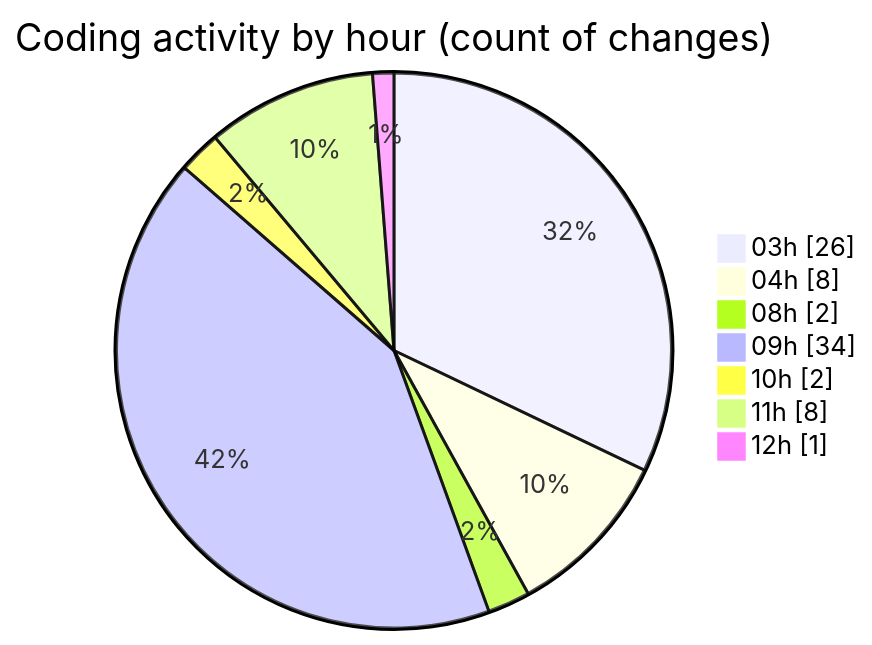
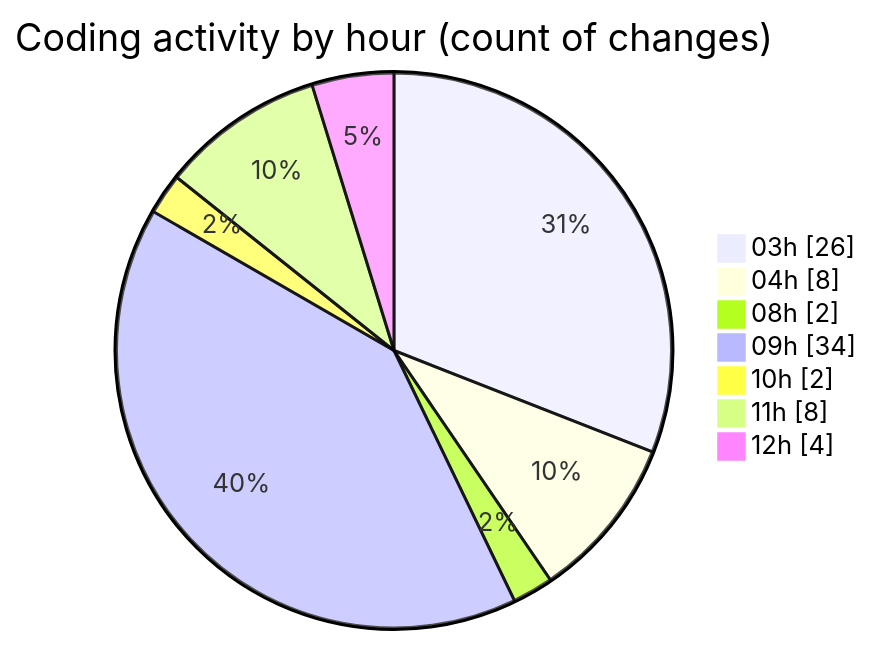
The second of 2 diagrams in 2025-06-20/modeljsondesigner/README.md (JenPaints/code-tracking), drawn with Mermaid before and after one commit. The commit also changed other lines of this file and 1 other file, not shown here.

````diff
--- a/2025-06-20/modeljsondesigner/README.md
+++ b/2025-06-20/modeljsondesigner/README.md
@@ -50,11 +51,11 @@
 ```mermaid
 pie showData
 title Coding activity by hour (count of changes)
 "03h" : 26
 "04h" : 8
 "08h" : 2
 "09h" : 34
 "10h" : 2
 "11h" : 8
-"12h" : 1
+"12h" : 4
 ```
````
